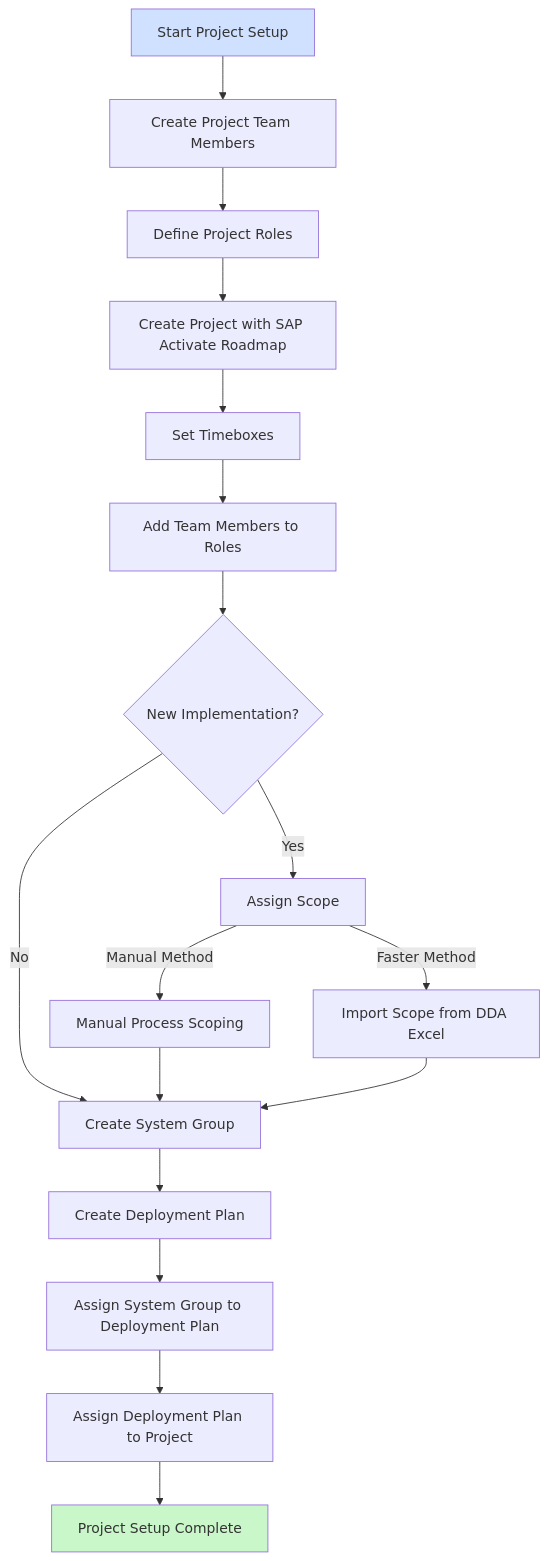
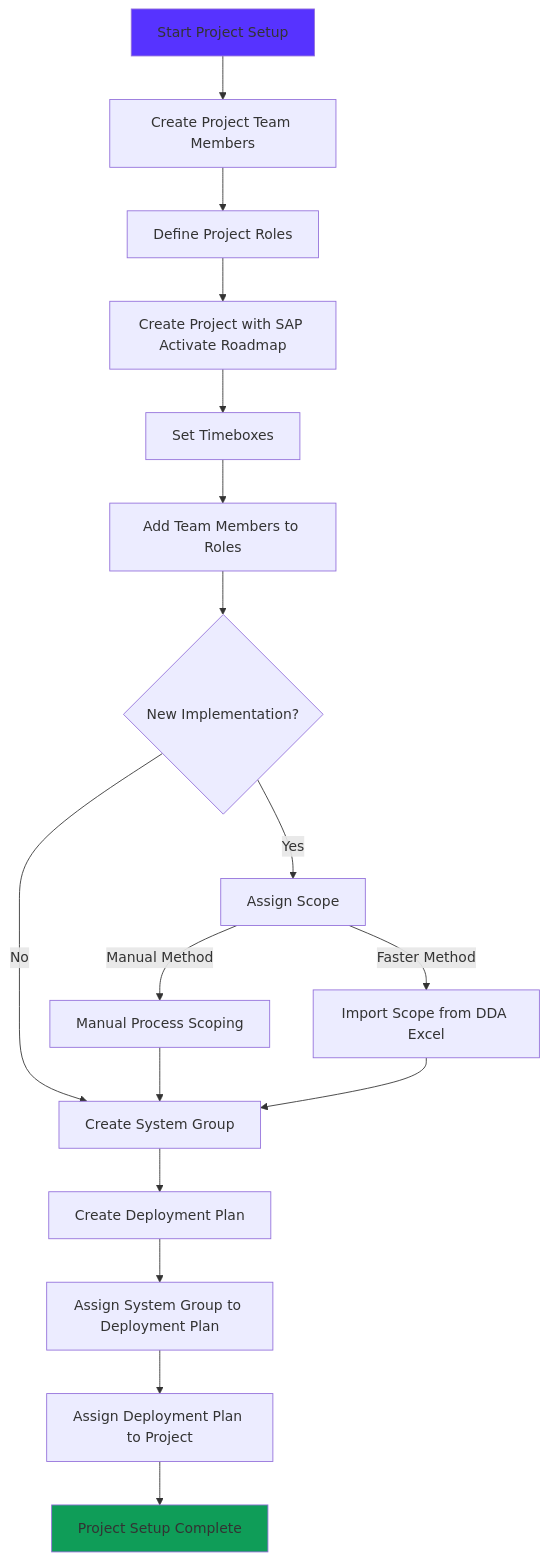
Before and after one commit to sapflashcards/S4CPE: the diagram in calm-praject-setup.md, drawn with Mermaid.

````diff
--- a/calm-praject-setup.md
+++ b/calm-praject-setup.md
@@ -1,26 +1,26 @@
 ```mermaid
 flowchart TD
     A[Start Project Setup] --> B[Create Project Team Members]
     B --> C[Define Project Roles]
     C --> D[Create Project with SAP Activate Roadmap]
     D --> E[Set Timeboxes]
     E --> F[Add Team Members to Roles]
     
     F --> G{New Implementation?}
     G -->|Yes| H[Assign Scope]
     G -->|No| J[Create System Group]
     
     H -->|Manual Method| I1[Manual Process Scoping]
     H -->|Faster Method| I2[Import Scope from DDA Excel]
     
     I1 --> J
     I2 --> J
     
     J --> K[Create Deployment Plan]
     K --> L[Assign System Group to Deployment Plan]
     L --> M[Assign Deployment Plan to Project]
     M --> N[Project Setup Complete]
     
-    style A fill:#d0e0ff
-    style N fill:#c9f7c9
+    style A fill:#5733FF
+    style N fill:#0F9D58
 ```
````
